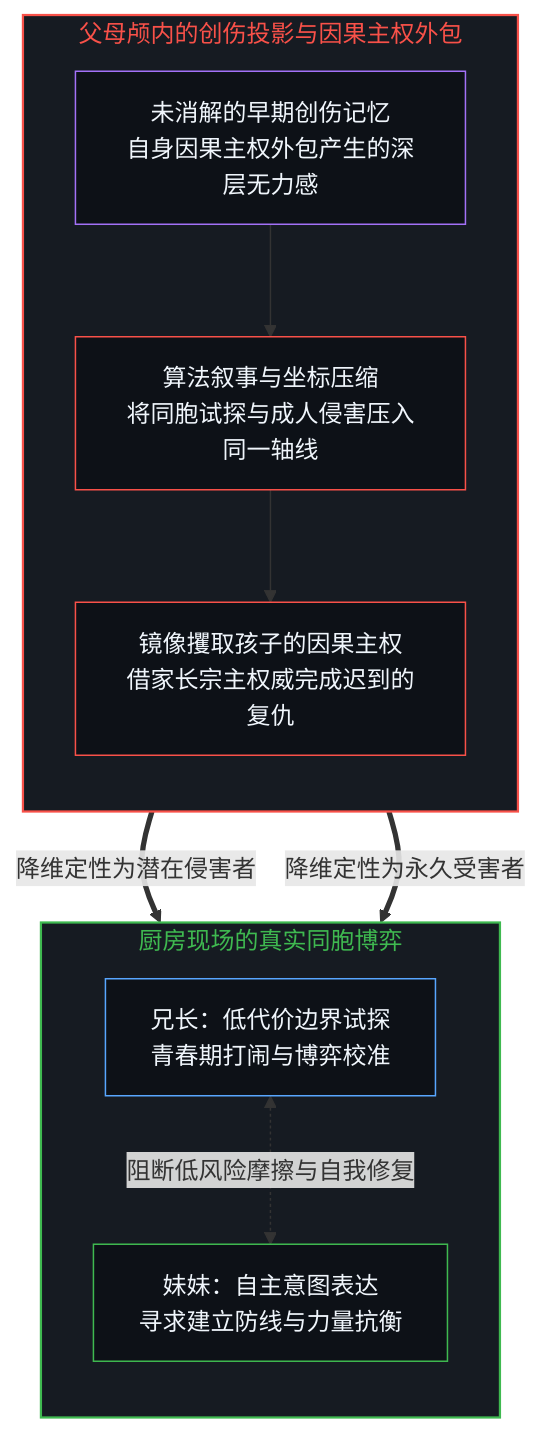
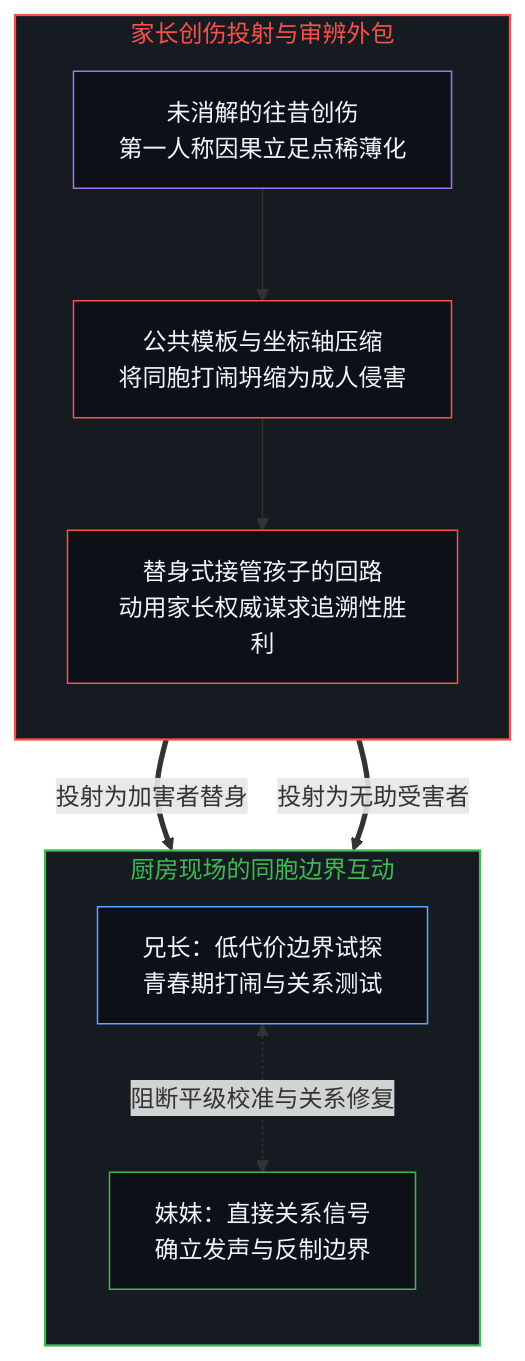
Before and after one commit to powerpig99/not-a-toe: the first of 6 diagrams in content/posts/the-unfrictioned-mind-and-borrowed-omnipotence.md, drawn with Mermaid. The commit also changed other lines of this file and 3 other files, not shown here.

````diff
--- a/content/posts/the-unfrictioned-mind-and-borrowed-omnipotence.md
+++ b/content/posts/the-unfrictioned-mind-and-borrowed-omnipotence.md
@@ -17,25 +17,25 @@
 ```mermaid
 flowchart TD
-  subgraph S_PAR["父母颅内的创伤投影与因果主权外包"]
+  subgraph S_PAR["家长创伤投射与审辨外包"]
     direction TB
-    P_TRAUMA["未消解的早期创伤记忆<br/>自身因果主权外包产生的深层无力感"]
-    P_COMPRESS["算法叙事与坐标压缩<br/>将同胞试探与成人侵害压入同一轴线"]
-    P_GHOST["镜像攫取孩子的因果主权<br/>借家长宗主权威完成迟到的复仇"]
+    P_TRAUMA["未消解的往昔创伤<br/>第一人称因果立足点稀薄化"]
+    P_COMPRESS["公共模板与坐标轴压缩<br/>将同胞打闹坍缩为成人侵害"]
+    P_GHOST["替身式接管孩子的回路<br/>动用家长权威谋求追溯性胜利"]
   end
-  subgraph S_REAL["厨房现场的真实同胞博弈"]
+  subgraph S_REAL["厨房现场的同胞边界互动"]
     direction TB
-    R_BROTHER["兄长：低代价边界试探<br/>青春期打闹与博弈校准"]
-    R_SISTER["妹妹：自主意图表达<br/>寻求建立防线与力量抗衡"]
+    R_BROTHER["兄长：低代价边界试探<br/>青春期打闹与关系测试"]
+    R_SISTER["妹妹：直接关系信号<br/>确立发声与反制边界"]
   end
   P_TRAUMA --> P_COMPRESS --> P_GHOST
-  P_GHOST ==>|"降维定性为潜在侵害者"| R_BROTHER
-  P_GHOST ==>|"降维定性为永久受害者"| R_SISTER
-  R_BROTHER <-.->|"阻断低风险摩擦与自我修复"| R_SISTER
+  P_GHOST ==>|"投射为加害者替身"| R_BROTHER
+  P_GHOST ==>|"投射为无助受害者"| R_SISTER
+  R_BROTHER <-.->|"阻断平级校准与关系修复"| R_SISTER
   style S_PAR fill:#161b22,stroke:#f85149,stroke-width:1.5px,color:#f85149
   style S_REAL fill:#161b22,stroke:#3fb950,stroke-width:1.5px,color:#3fb950
   style P_TRAUMA fill:#0d1117,stroke:#a371f7,stroke-width:1px,color:#f0f6fc
   style P_COMPRESS fill:#0d1117,stroke:#f85149,stroke-width:1px,color:#f0f6fc
   style P_GHOST fill:#0d1117,stroke:#f85149,stroke-width:1px,color:#f0f6fc
   style R_BROTHER fill:#0d1117,stroke:#58a6ff,stroke-width:1px,color:#f0f6fc
   style R_SISTER fill:#0d1117,stroke:#3fb950,stroke-width:1px,color:#f0f6fc
 ```
````
